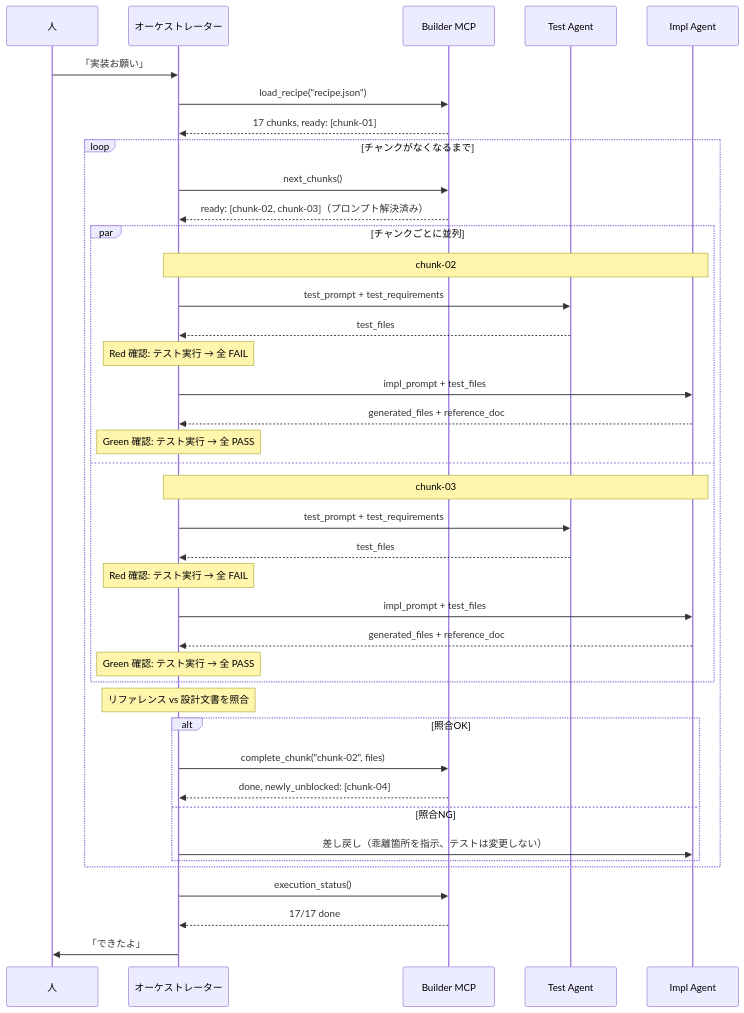
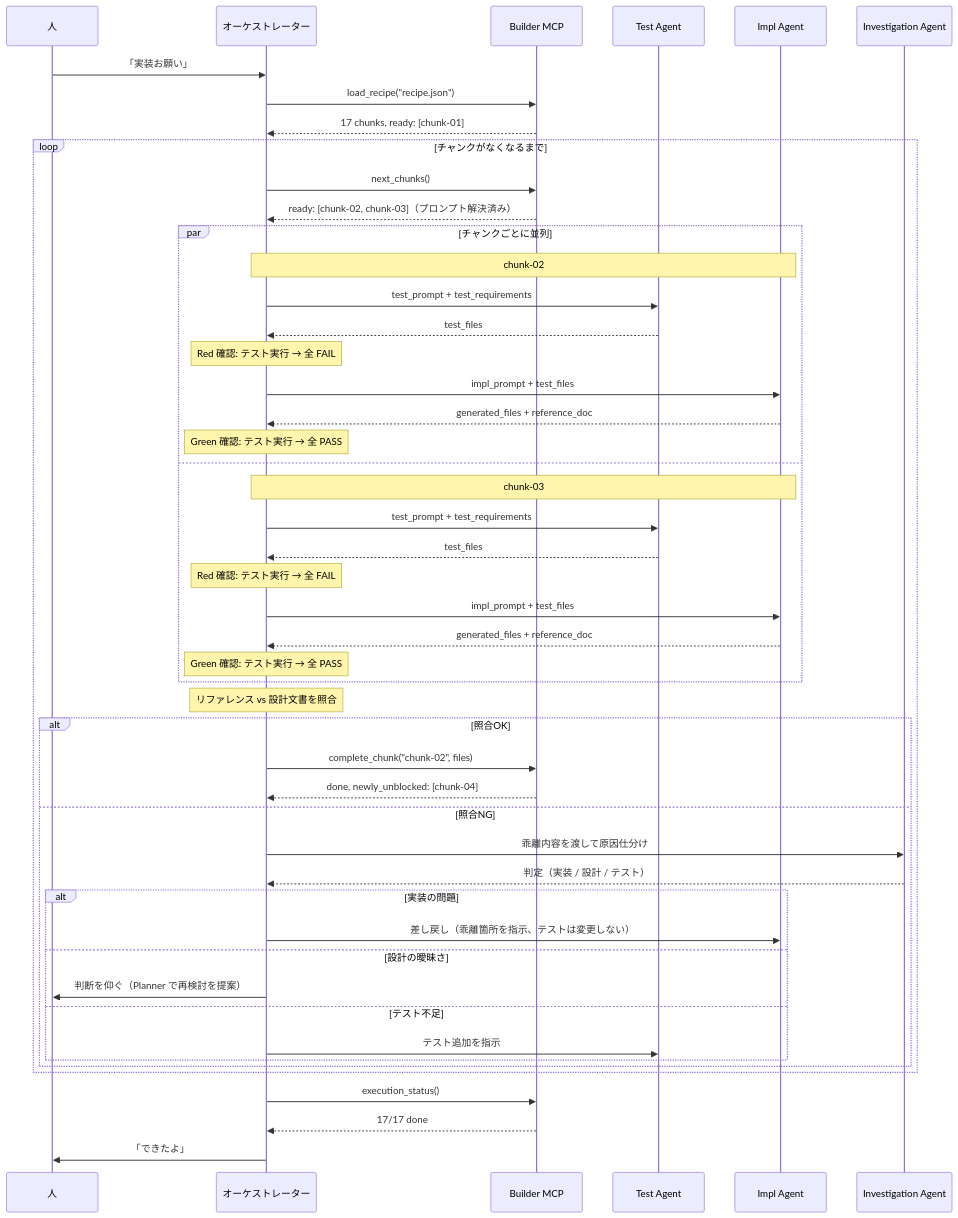
One commit to cdd-evangelist/CDD-Assistants changed the diagram in docs/builder/2-features/execution-flow.md. Above: the diagram before and after it, drawn with Mermaid. The commit also changed other lines of this file and 4 other files, not shown here.

First line of the commit message:
builder 設計文書に Investigation Agent・双方向性・コード規約を追加

````diff
--- a/docs/builder/2-features/execution-flow.md
+++ b/docs/builder/2-features/execution-flow.md
@@ -47,47 +52,56 @@
 ```mermaid
 sequenceDiagram
     participant H as 人
     participant C as オーケストレーター
     participant B as Builder MCP
     participant T as Test Agent
     participant I as Impl Agent
+    participant V as Investigation Agent
 
     H->>C: 「実装お願い」
     C->>B: load_recipe("recipe.json")
     B-->>C: 17 chunks, ready: [chunk-01]
 
     loop チャンクがなくなるまで
         C->>B: next_chunks()
         B-->>C: ready: [chunk-02, chunk-03]（プロンプト解決済み）
 
         par チャンクごとに並列
             Note over C,I: chunk-02
             C->>T: test_prompt + test_requirements
             T-->>C: test_files
             Note over C: Red 確認: テスト実行 → 全 FAIL
             C->>I: impl_prompt + test_files
             I-->>C: generated_files + reference_doc
             Note over C: Green 確認: テスト実行 → 全 PASS
         and
             Note over C,I: chunk-03
             C->>T: test_prompt + test_requirements
             T-->>C: test_files
             Note over C: Red 確認: テスト実行 → 全 FAIL
             C->>I: impl_prompt + test_files
             I-->>C: generated_files + reference_doc
             Note over C: Green 確認: テスト実行 → 全 PASS
         end
 
         Note over C: リファレンス vs 設計文書を照合
         alt 照合OK
             C->>B: complete_chunk("chunk-02", files)
             B-->>C: done, newly_unblocked: [chunk-04]
         else 照合NG
-            C->>I: 差し戻し（乖離箇所を指示、テストは変更しない）
+            C->>V: 乖離内容を渡して原因仕分け
+            V-->>C: 判定（実装 / 設計 / テスト）
+            alt 実装の問題
+                C->>I: 差し戻し（乖離箇所を指示、テストは変更しない）
+            else 設計の曖昧さ
+                C->>H: 判断を仰ぐ（Planner で再検討を提案）
+            else テスト不足
+                C->>T: テスト追加を指示
+            end
         end
     end
 
     C->>B: execution_status()
     B-->>C: 17/17 done
     C->>H: 「できたよ」
 ```
````
